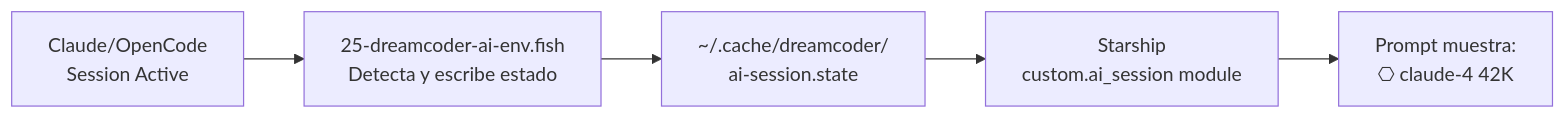
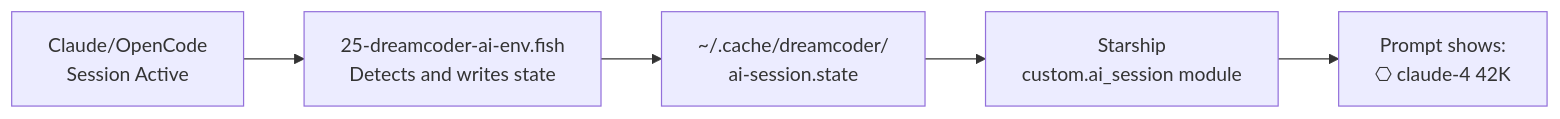
The diagram in docs/ai-integration.md (Albert-fer02/Dreamcoder_dots), drawn with Mermaid before and after one commit. The commit also changed other lines of this file and 22 other files, not shown here.

````diff
--- a/docs/ai-integration.md
+++ b/docs/ai-integration.md
@@ -36,7 +35,7 @@
 ```mermaid
 flowchart LR
-    A["Claude/OpenCode<br/>Session Active"] --> B["25-dreamcoder-ai-env.fish<br/>Detecta y escribe estado"]
+    A["Claude/OpenCode<br/>Session Active"] --> B["25-dreamcoder-ai-env.fish<br/>Detects and writes state"]
     B --> C["~/.cache/dreamcoder/<br/>ai-session.state"]
     C --> D["Starship<br/>custom.ai_session module"]
-    D --> E["Prompt muestra:<br/>⎔ claude-4 42K"]
+    D --> E["Prompt shows:<br/>⎔ claude-4 42K"]
 ```
````
